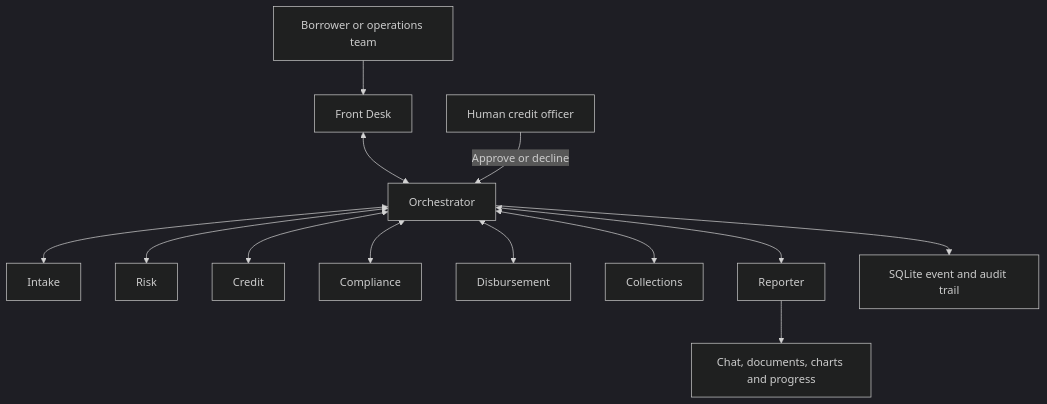
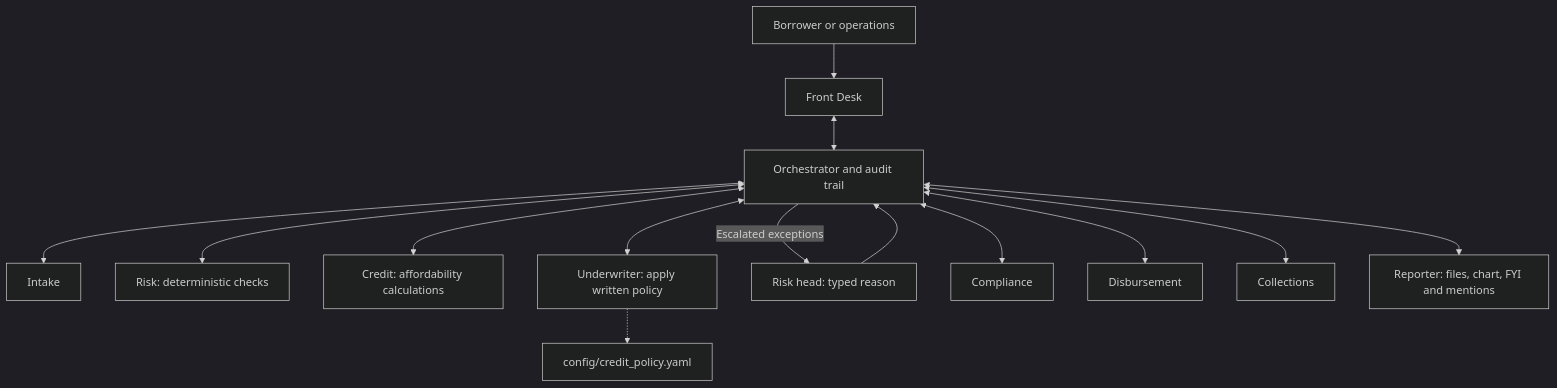
Before and after one commit to parvbansal11/lendix: the diagram in README.md, drawn with Mermaid (dark theme). The commit also changed other lines of this file and 32 other files, not shown here.

Commit message:
Add Underwriter agent and credit policy

````diff
--- a/README.md
+++ b/README.md
@@ -29,15 +29,16 @@
 ```mermaid
 flowchart TD
-    Person[Borrower or operations team] --> FrontDesk[Front Desk]
-    FrontDesk <--> Office[Orchestrator]
+    Person[Borrower or operations] --> FrontDesk[Front Desk]
+    FrontDesk <--> Office[Orchestrator and audit trail]
     Office <--> Intake[Intake]
-    Office <--> Risk[Risk]
-    Office <--> Credit[Credit]
+    Office <--> Risk[Risk: deterministic checks]
+    Office <--> Credit[Credit: affordability calculations]
+    Office <--> Underwriter[Underwriter: apply written policy]
+    Underwriter -.-> Policy[config/credit_policy.yaml]
+    Office -->|Escalated exceptions| RiskHead[Risk head: typed reason]
+    RiskHead --> Office
     Office <--> Compliance[Compliance]
-    Officer[Human credit officer] -->|Approve or decline| Office
     Office <--> Disbursement[Disbursement]
     Office <--> Collections[Collections]
-    Office <--> Reporter[Reporter]
-    Office --> Audit[SQLite event and audit trail]
-    Reporter --> Results[Chat, documents, charts and progress]
+    Office <--> Reporter[Reporter: files, chart, FYI and mentions]
 ```
````
